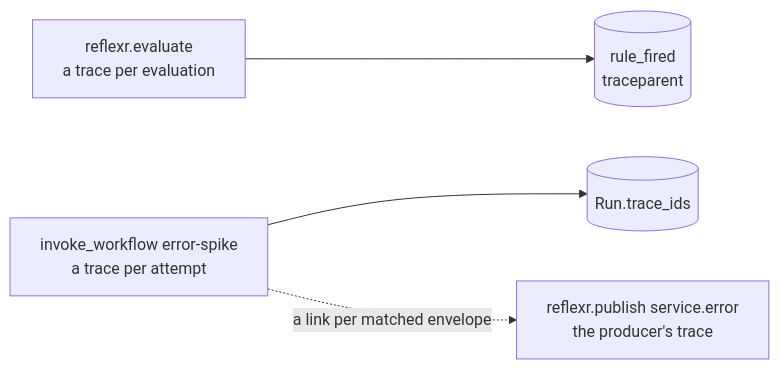
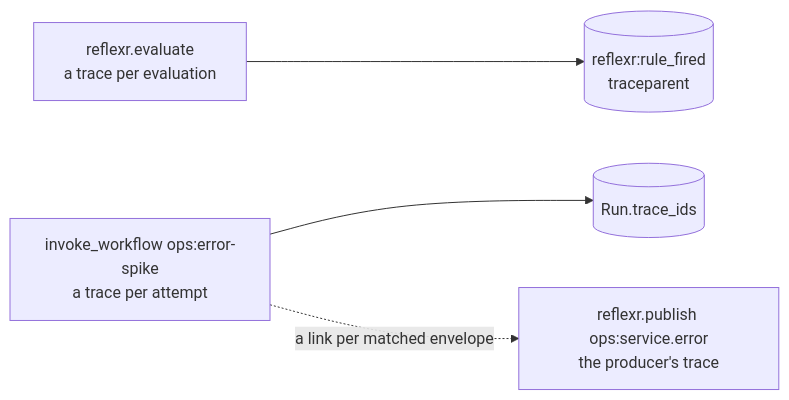
The diagram in packages/reflexr/docs/guides/observability.md (alexnodeland/lattice), drawn with Mermaid before and after one commit. The commit also changed other lines of this file and 94 other files, not shown here.

First line of the commit message:
feat!: qualify every event type and rule name with its namespace (alexnodeland/reflexr#83)

````diff
--- a/packages/reflexr/docs/guides/observability.md
+++ b/packages/reflexr/docs/guides/observability.md
@@ -97,11 +97,11 @@
 ```mermaid
 graph LR
-    publish["reflexr.publish service.error<br/>the producer's trace"]
+    publish["reflexr.publish ops:service.error<br/>the producer's trace"]
     evaluate["reflexr.evaluate<br/>a trace per evaluation"]
-    attempt["invoke_workflow error-spike<br/>a trace per attempt"]
-    fired[("rule_fired<br/>traceparent")]
+    attempt["invoke_workflow ops:error-spike<br/>a trace per attempt"]
+    fired[("reflexr:rule_fired<br/>traceparent")]
     run[("Run.trace_ids")]
     evaluate --> fired
     attempt --> run
     attempt -. "a link per matched envelope" .-> publish
 ```
````
